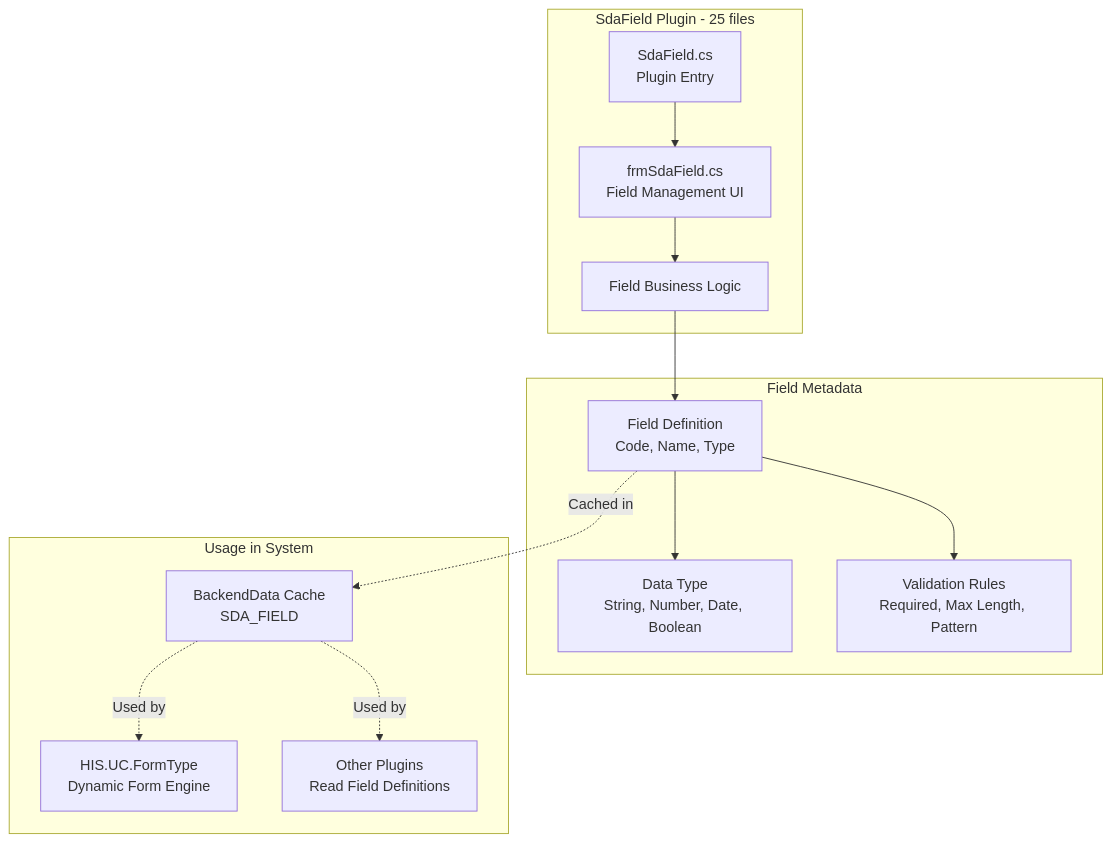
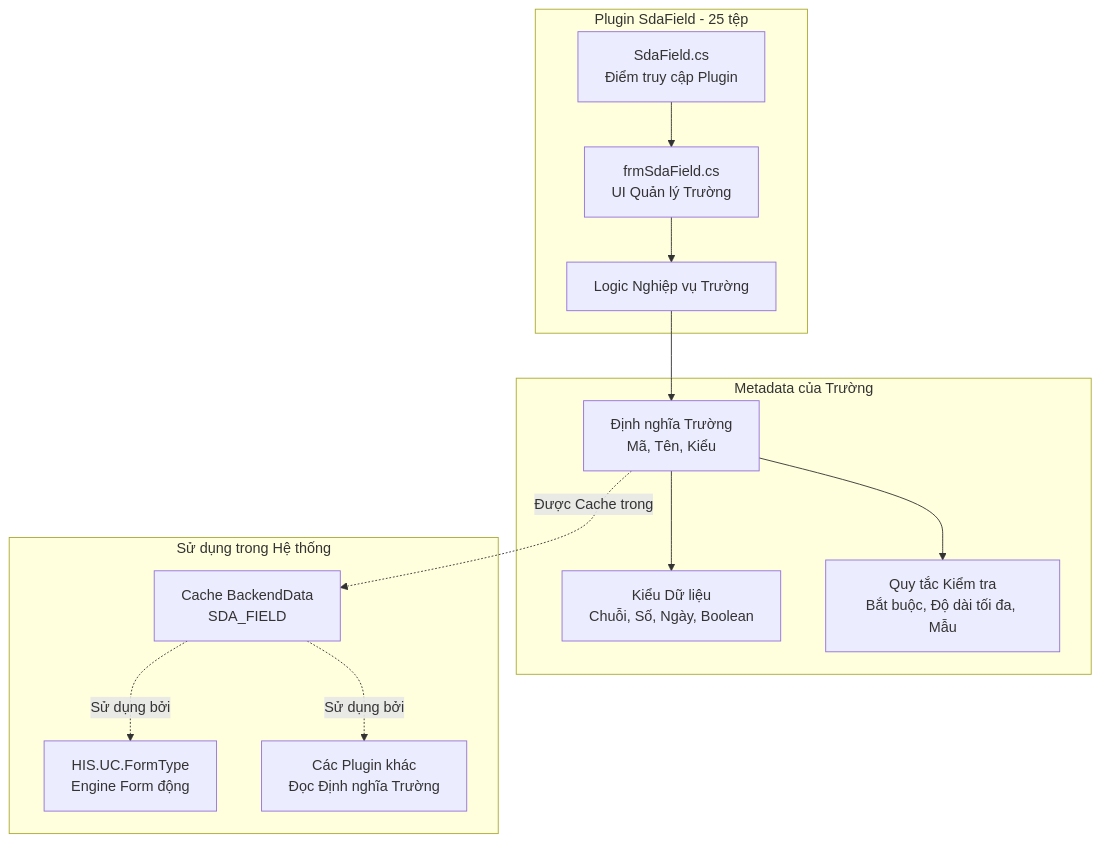
One commit to thangpnb/HIS changed the third of 6 diagrams in docs/his-ba-documentation/03-business-domains/administration/system-data.md. Above: the diagram before and after it, drawn with Mermaid. The commit also changed other lines of this file and 30 other files, not shown here.

Commit message:
Refactor architecture docs and update translations

````diff
--- a/docs/his-ba-documentation/03-business-domains/administration/system-data.md
+++ b/docs/his-ba-documentation/03-business-domains/administration/system-data.md
@@ -169,31 +169,31 @@
 ```mermaid
 graph TB
-    subgraph "SdaField Plugin - 25 files"
-        FieldEntry["SdaField.cs<br/>Plugin Entry"]
-        FieldForm["frmSdaField.cs<br/>Field Management UI"]
-        FieldProcessor["Field Business Logic"]
+    subgraph "Plugin SdaField - 25 tệp"
+        FieldEntry["SdaField.cs<br/>Điểm truy cập Plugin"]
+        FieldForm["frmSdaField.cs<br/>UI Quản lý Trường"]
+        FieldProcessor["Logic Nghiệp vụ Trường"]
     end
     
-    subgraph "Field Metadata"
-        FieldDef["Field Definition<br/>Code, Name, Type"]
-        DataType["Data Type<br/>String, Number, Date, Boolean"]
-        Validation["Validation Rules<br/>Required, Max Length, Pattern"]
+    subgraph "Metadata của Trường"
+        FieldDef["Định nghĩa Trường<br/>Mã, Tên, Kiểu"]
+        DataType["Kiểu Dữ liệu<br/>Chuỗi, Số, Ngày, Boolean"]
+        Validation["Quy tắc Kiểm tra<br/>Bắt buộc, Độ dài tối đa, Mẫu"]
     end
     
-    subgraph "Usage in System"
-        FormType["HIS.UC.FormType<br/>Dynamic Form Engine"]
-        Plugins["Other Plugins<br/>Read Field Definitions"]
-        LocalStorage["BackendData Cache<br/>SDA_FIELD"]
+    subgraph "Sử dụng trong Hệ thống"
+        FormType["HIS.UC.FormType<br/>Engine Form động"]
+        Plugins["Các Plugin khác<br/>Đọc Định nghĩa Trường"]
+        LocalStorage["Cache BackendData<br/>SDA_FIELD"]
     end
     
     FieldEntry --> FieldForm
     FieldForm --> FieldProcessor
     
     FieldProcessor --> FieldDef
     FieldDef --> DataType
     FieldDef --> Validation
     
-    FieldDef -.->|Cached in| LocalStorage
-    LocalStorage -.->|Used by| FormType
-    LocalStorage -.->|Used by| Plugins
+    FieldDef -.->|Được Cache trong| LocalStorage
+    LocalStorage -.->|Sử dụng bởi| FormType
+    LocalStorage -.->|Sử dụng bởi| Plugins
 ```
````
